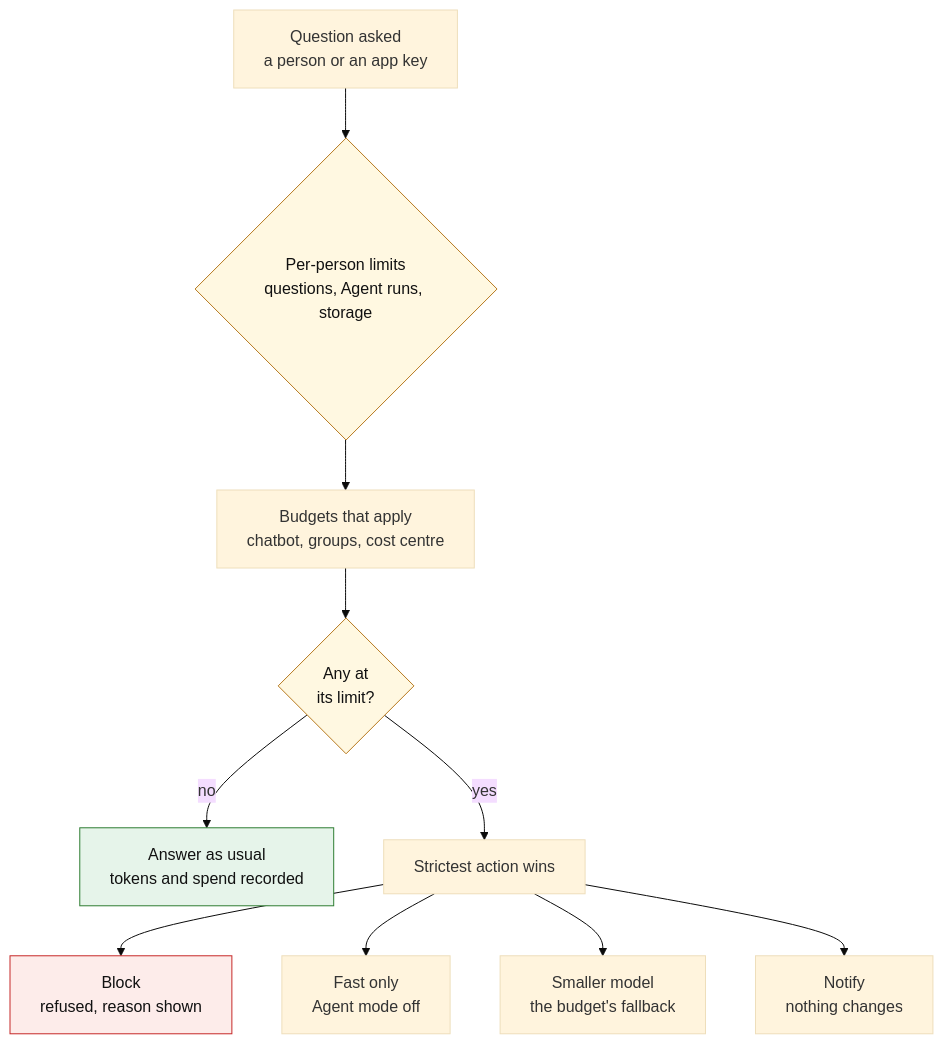
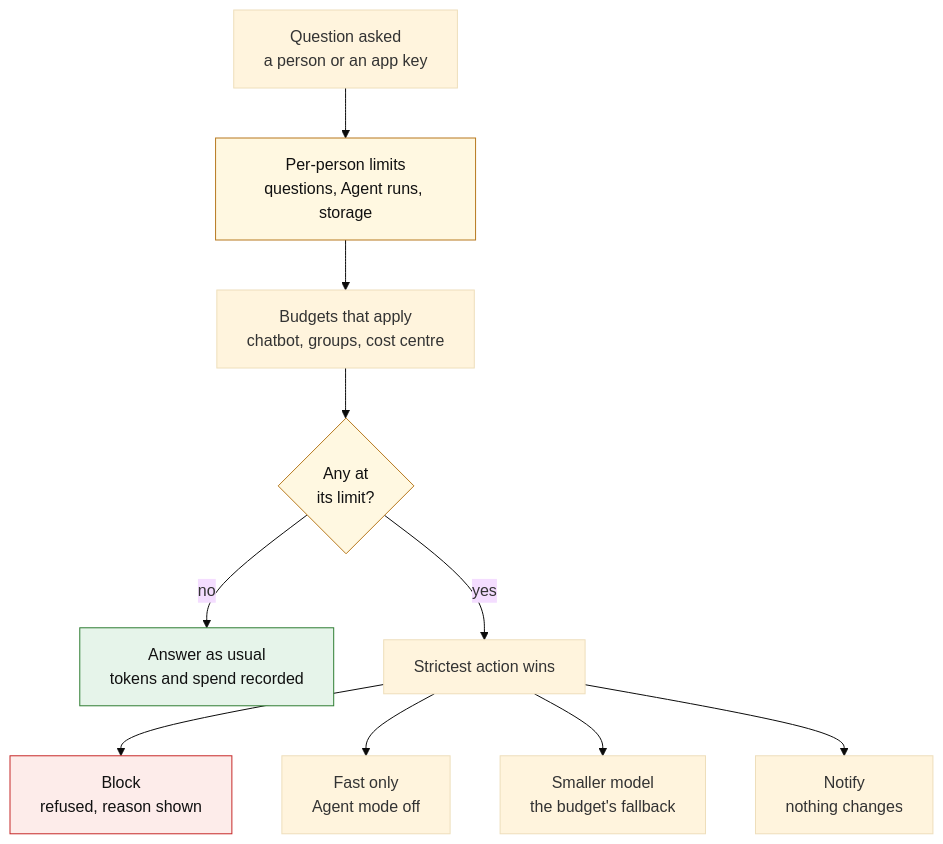
One commit to shturag/veyntora changed the seventh of 9 diagrams in docs/user-flows.md. Above: the diagram before and after it, drawn with Mermaid (base theme). The commit also changed other lines of this file and 9 other files, not shown here.

First line of the commit message:
Docs: flowcharts as SVG images so they show in any Markdown viewer

````diff
--- a/docs/user-flows.md
+++ b/docs/user-flows.md
@@ -389,18 +435,18 @@
 ```mermaid
 flowchart TD
-    question["Question asked<br/>a person or an app key"] --> person{"Per-person limits<br/>questions, Agent runs, storage"}
+    question["Question asked<br/>a person or an app key"] --> person["Per-person limits<br/>questions, Agent runs, storage"]
     person --> budgets["Budgets that apply<br/>chatbot, groups, cost centre"]
     budgets --> limit{"Any at<br/>its limit?"}
     limit -- no --> usual["Answer as usual<br/>tokens and spend recorded"]
     limit -- yes --> strictest["Strictest action wins"]
     strictest --> block["Block<br/>refused, reason shown"]
     strictest --> fastonly["Fast only<br/>Agent mode off"]
     strictest --> smaller["Smaller model<br/>the budget's fallback"]
     strictest --> notify["Notify<br/>nothing changes"]
     classDef good fill:#e6f4ea,stroke:#2e7d32,color:#111
     classDef stop fill:#fdecea,stroke:#c62828,color:#111
     classDef decision fill:#fff8e1,stroke:#b7791f,color:#111
     class usual good
     class block stop
     class person,limit decision
 ```
````
